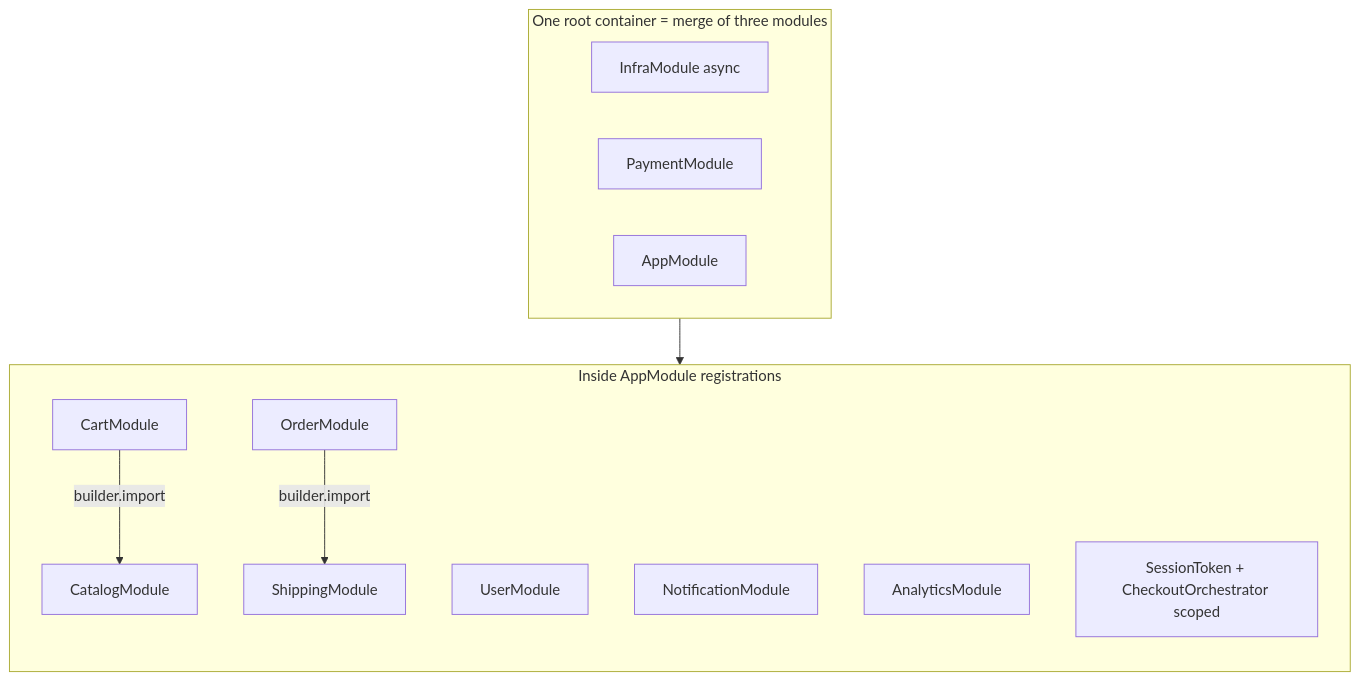
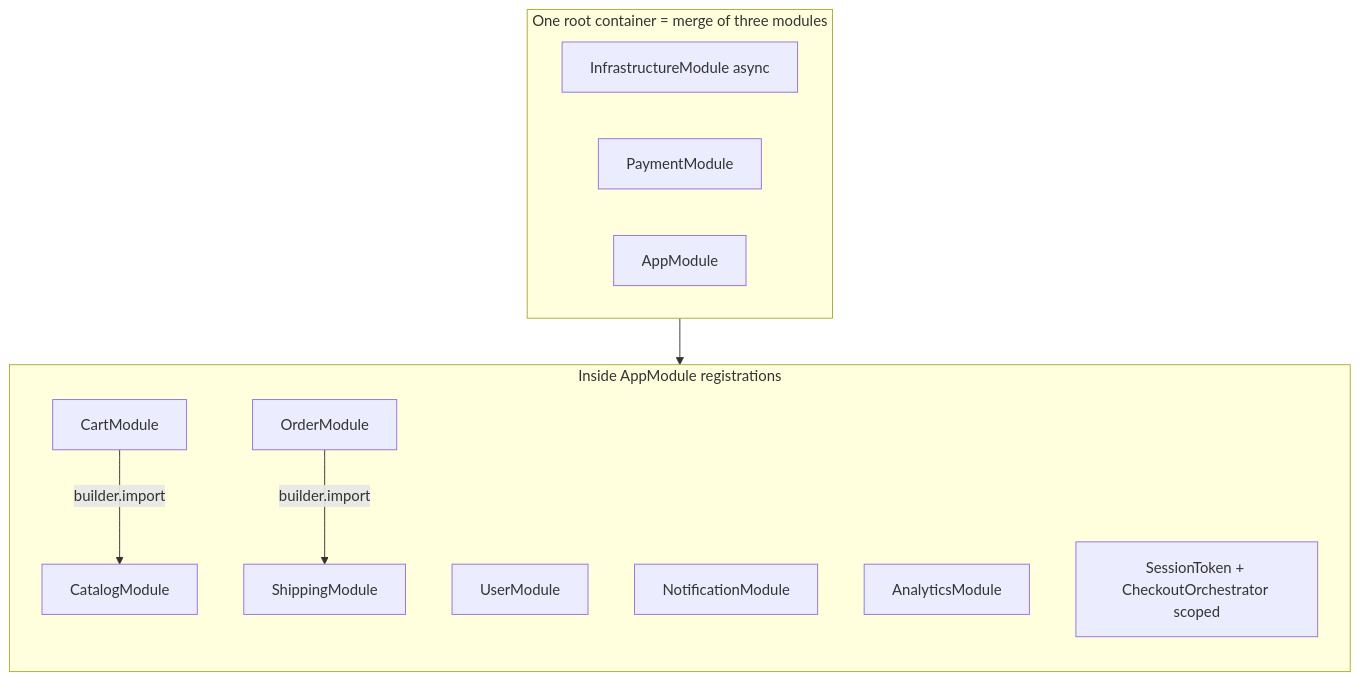
The first of 3 diagrams in packages/di/examples/13-ecommerce-platform/README.md (codefastlabs/codefast), drawn with Mermaid before and after one commit. The commit also changed other lines of this file and 93 other files, not shown here.

````diff
--- a/packages/di/examples/13-ecommerce-platform/README.md
+++ b/packages/di/examples/13-ecommerce-platform/README.md
@@ -24,25 +24,25 @@
 ```mermaid
 flowchart TB
   subgraph Merge["One root container = merge of three modules"]
     direction LR
-    Infra[InfraModule async]
+    Infra[InfrastructureModule async]
     Pay[PaymentModule]
     App[AppModule]
   end
 
   subgraph AppBody["Inside AppModule registrations"]
     direction TB
     CAT[CatalogModule]
     CRT[CartModule]
     ORD[OrderModule]
     SHP[ShippingModule]
     USR[UserModule]
     NTF[NotificationModule]
     ANA[AnalyticsModule]
     TOK["SessionToken + CheckoutOrchestrator scoped"]
   end
 
   App --> AppBody
   CRT -->|builder.import| CAT
   ORD -->|builder.import| SHP
 ```
````
